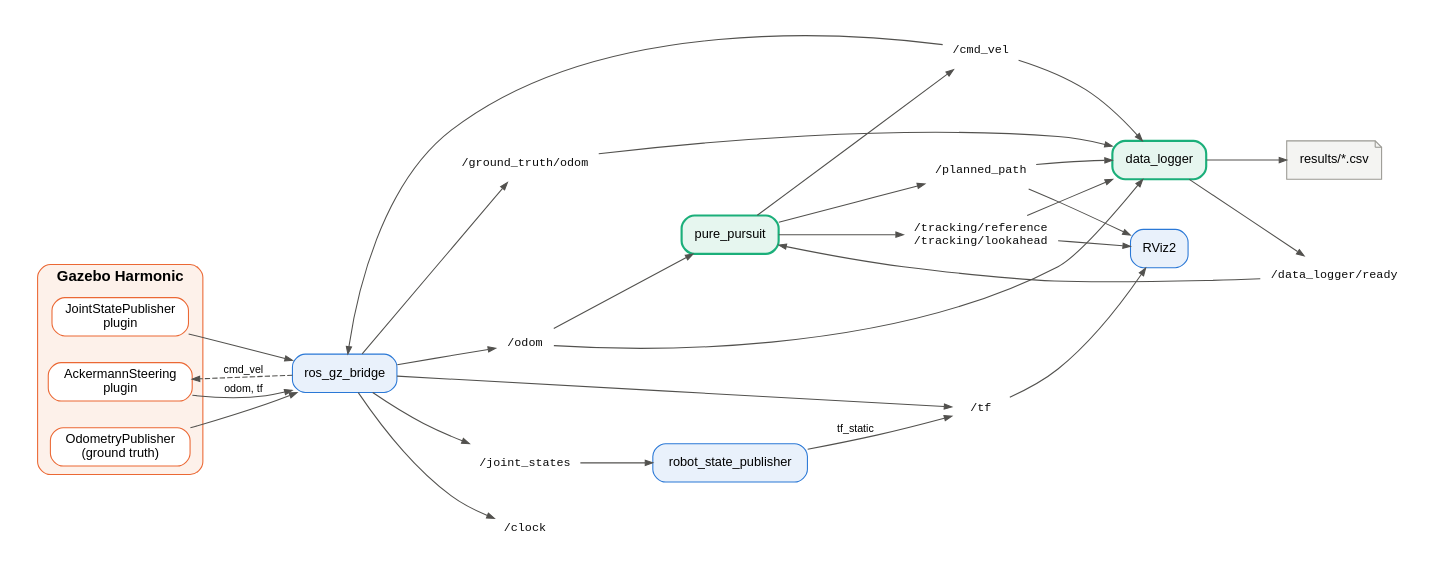
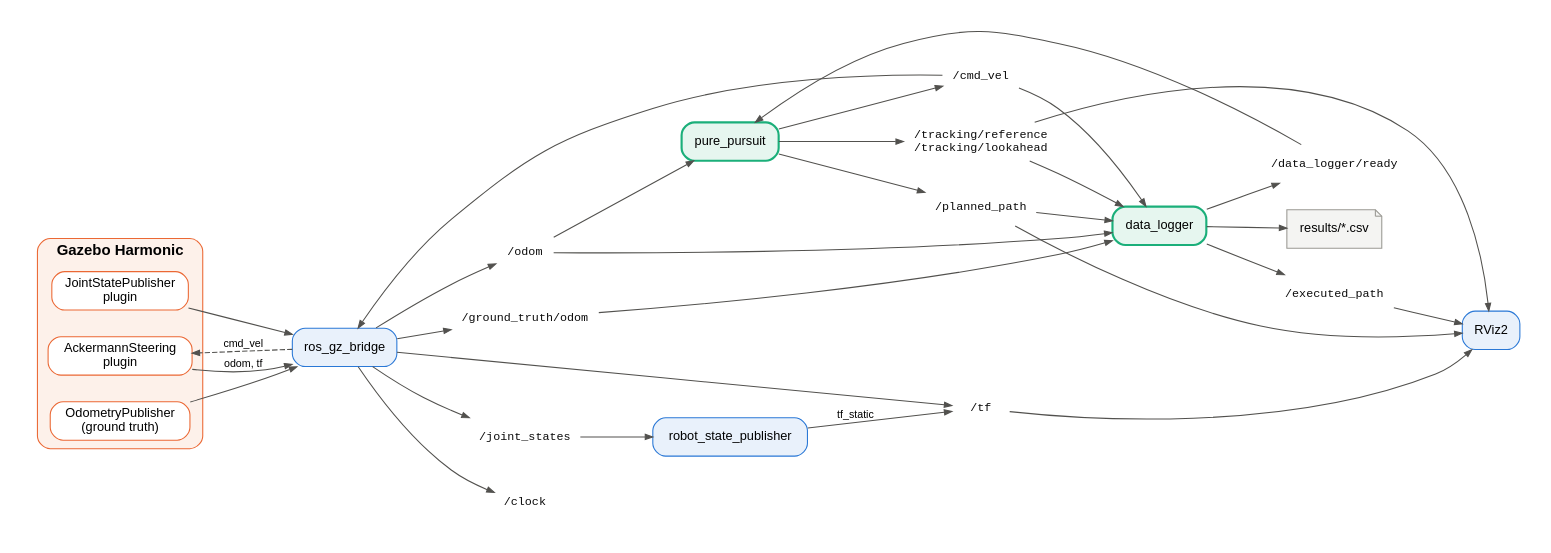
Before and after one commit to Samuel4142r/proyecto_R: the diagram in docs/nodes_topics.dot, drawn with Graphviz. The commit also changed 2 other files, not shown here.

Commit message:
Diagrama de nodos: agregar /executed_path

```diff
--- a/docs/nodes_topics.dot
+++ b/docs/nodes_topics.dot
@@ -1,36 +1,36 @@
 digraph G {
   rankdir=LR; bgcolor="white"; pad=0.3; nodesep=0.35; ranksep=0.7;
   node [fontname="Helvetica", fontsize=12];
   edge [fontname="Helvetica", fontsize=10, color="#52514e", arrowsize=0.7];
 
   subgraph cluster_gz {
     label="Gazebo Harmonic"; fontname="Helvetica-Bold"; style="rounded,filled"; fillcolor="#fdf1ea"; color="#eb6834";
     gz_ack   [label="AckermannSteering\nplugin", shape=box, style="rounded,filled", fillcolor="white", color="#eb6834"];
     gz_jsp   [label="JointStatePublisher\nplugin", shape=box, style="rounded,filled", fillcolor="white", color="#eb6834"];
     gz_odom  [label="OdometryPublisher\n(ground truth)", shape=box, style="rounded,filled", fillcolor="white", color="#eb6834"];
   }
 
   bridge [label="ros_gz_bridge", shape=box, style="rounded,filled", fillcolor="#e9f1fb", color="#2a78d6"];
   rsp    [label="robot_state_publisher", shape=box, style="rounded,filled", fillcolor="#e9f1fb", color="#2a78d6"];
   pp     [label="pure_pursuit", shape=box, style="rounded,filled,bold", fillcolor="#e6f6ef", color="#1baf7a"];
   log    [label="data_logger", shape=box, style="rounded,filled,bold", fillcolor="#e6f6ef", color="#1baf7a"];
   rviz   [label="RViz2", shape=box, style="rounded,filled", fillcolor="#e9f1fb", color="#2a78d6"];
   csv    [label="results/*.csv", shape=note, style=filled, fillcolor="#f4f4f2", color="#9a9993"];
 
   node [shape=plaintext, fontname="Courier", fontsize=11, fontcolor="#0b0b0b"];
   t_cmd  [label="/cmd_vel"]; t_odom [label="/odom"]; t_gt [label="/ground_truth/odom"];
   t_js   [label="/joint_states"]; t_tf [label="/tf"]; t_clk [label="/clock"];
   t_path [label="/planned_path"]; t_ref [label="/tracking/reference\n/tracking/lookahead"];
-  t_rdy  [label="/data_logger/ready"];
+  t_rdy  [label="/data_logger/ready"]; t_exec [label="/executed_path"];
 
   gz_ack -> bridge [label="odom, tf"]; gz_odom -> bridge; gz_jsp -> bridge;
   bridge -> gz_ack [label="cmd_vel", style=dashed];
   bridge -> t_odom; bridge -> t_gt; bridge -> t_js; bridge -> t_tf; bridge -> t_clk;
   t_cmd -> bridge;
   t_js -> rsp; rsp -> t_tf [label="tf_static"];
   t_odom -> pp; pp -> t_cmd; pp -> t_path; pp -> t_ref;
   t_odom -> log; t_gt -> log; t_ref -> log; t_cmd -> log; t_path -> log;
   log -> t_rdy; t_rdy -> pp;
-  log -> csv;
+  log -> csv; log -> t_exec; t_exec -> rviz;
   t_path -> rviz; t_tf -> rviz; t_ref -> rviz;
 }
```
